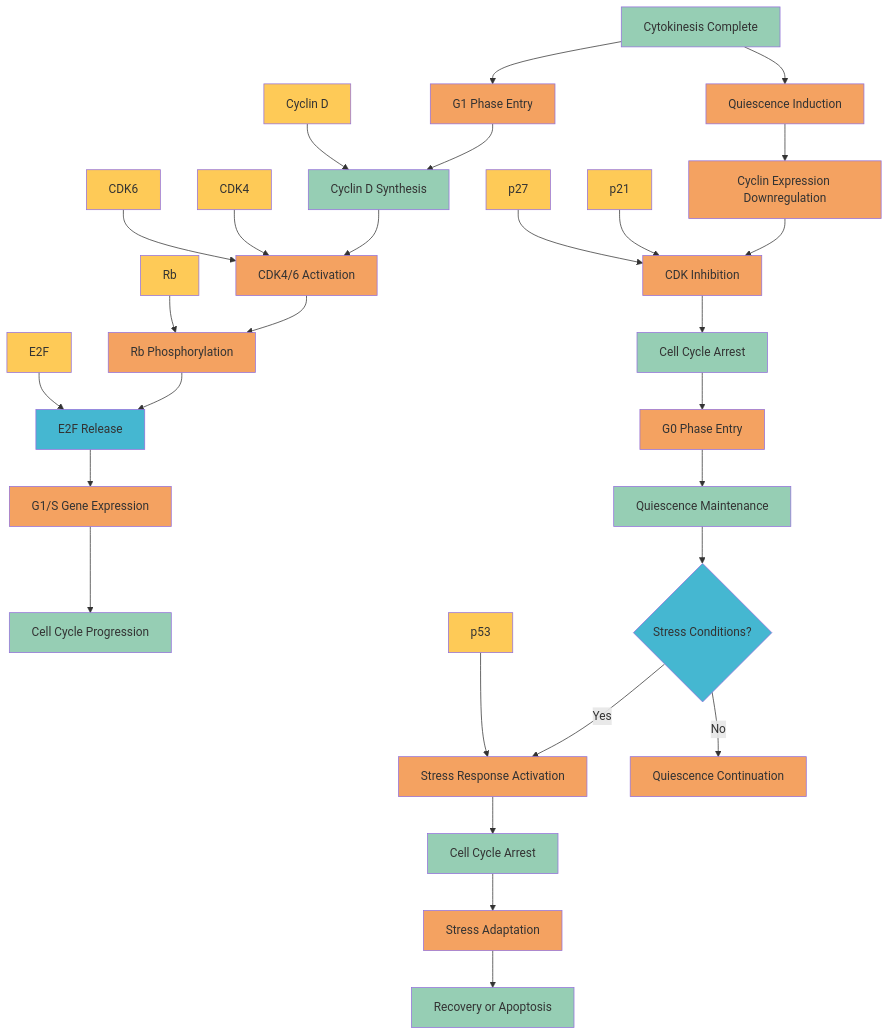
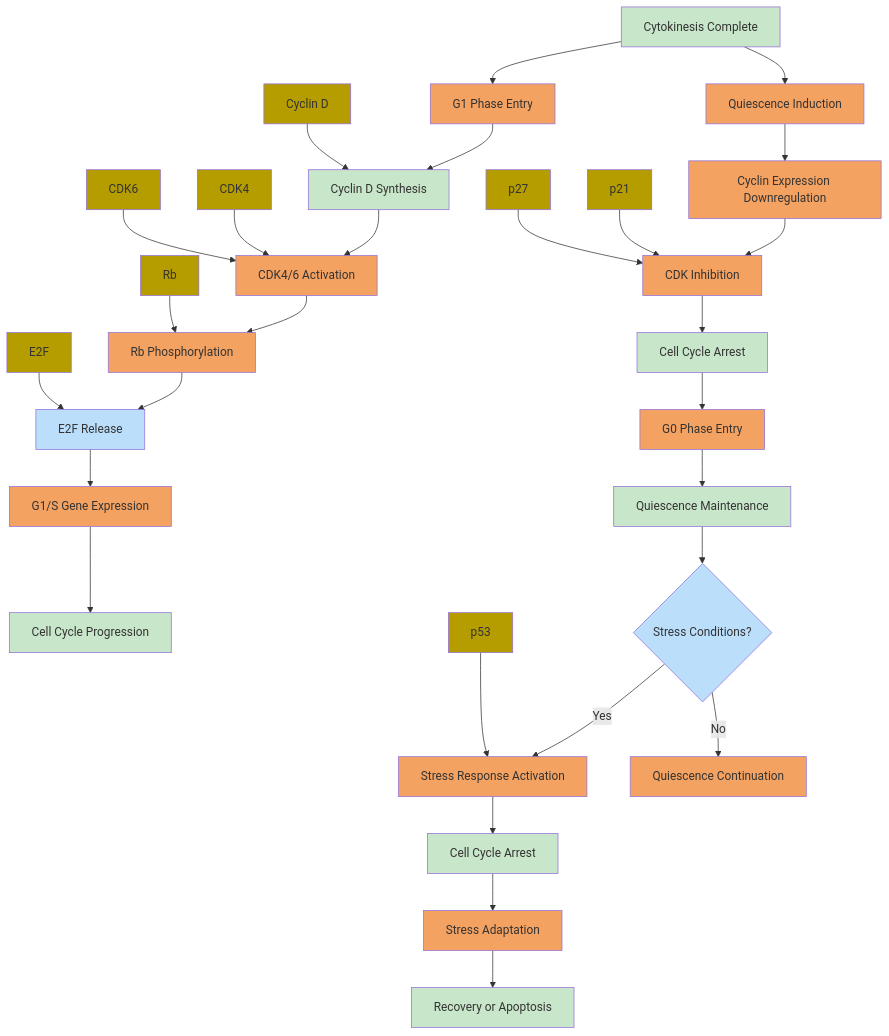
The diagram in docs/paper/community/contributions/new_charts/batch2_06_cell_cycle_exit.mmd (garywelz/glmp), drawn with Mermaid before and after one commit. The commit also changed 251 other files, not shown here.

Commit message:
Update color scheme for biological process flowcharts

```diff
--- a/docs/paper/community/contributions/new_charts/batch2_06_cell_cycle_exit.mmd
+++ b/docs/paper/community/contributions/new_charts/batch2_06_cell_cycle_exit.mmd
@@ -1,65 +1,65 @@
 graph TD
     A[Cytokinesis Complete] --> B[G1 Phase Entry]
     B --> C[Cyclin D Synthesis]
     C --> D[CDK4/6 Activation]
     D --> E[Rb Phosphorylation]
     E --> F[E2F Release]
     F --> G[G1/S Gene Expression]
     G --> H[Cell Cycle Progression]
     
     %% Alternative exit pathway
     A --> I[Quiescence Induction]
     I --> J[Cyclin Expression Downregulation]
     J --> K[CDK Inhibition]
     K --> L[Cell Cycle Arrest]
     L --> M[G0 Phase Entry]
     M --> N[Quiescence Maintenance]
     
     %% Stress response
     N --> O{Stress Conditions?}
     O -->|Yes| P[Stress Response Activation]
     P --> Q[Cell Cycle Arrest]
     Q --> R[Stress Adaptation]
     R --> S[Recovery or Apoptosis]
     
     O -->|No| T[Quiescence Continuation]
     
     %% Key proteins
     U[Cyclin D] --> C
     V[CDK4] --> D
     W[CDK6] --> D
     X[Rb] --> E
     Y[E2F] --> F
     Z[p21] --> K
     AA[p27] --> K
     BB[p53] --> P
     
     %% Styling
-    style A fill:#96ceb4
+    style A fill:#c8e6c9
     style B fill:#f4a261
-    style C fill:#96ceb4
+    style C fill:#c8e6c9
     style D fill:#f4a261
     style E fill:#f4a261
-    style F fill:#45b7d1
+    style F fill:#bbdefb
     style G fill:#f4a261
-    style H fill:#96ceb4
+    style H fill:#c8e6c9
     style I fill:#f4a261
     style J fill:#f4a261
     style K fill:#f4a261
-    style L fill:#96ceb4
+    style L fill:#c8e6c9
     style M fill:#f4a261
-    style N fill:#96ceb4
-    style O fill:#45b7d1
+    style N fill:#c8e6c9
+    style O fill:#bbdefb
     style P fill:#f4a261
-    style Q fill:#96ceb4
+    style Q fill:#c8e6c9
     style R fill:#f4a261
-    style S fill:#96ceb4
+    style S fill:#c8e6c9
     style T fill:#f4a261
-    style U fill:#feca57
-    style V fill:#feca57
-    style W fill:#feca57
-    style X fill:#feca57
-    style Y fill:#feca57
-    style Z fill:#feca57
-    style AA fill:#feca57
-    style BB fill:#feca57
+    style U fill:#b59d00
+    style V fill:#b59d00
+    style W fill:#b59d00
+    style X fill:#b59d00
+    style Y fill:#b59d00
+    style Z fill:#b59d00
+    style AA fill:#b59d00
+    style BB fill:#b59d00
```
